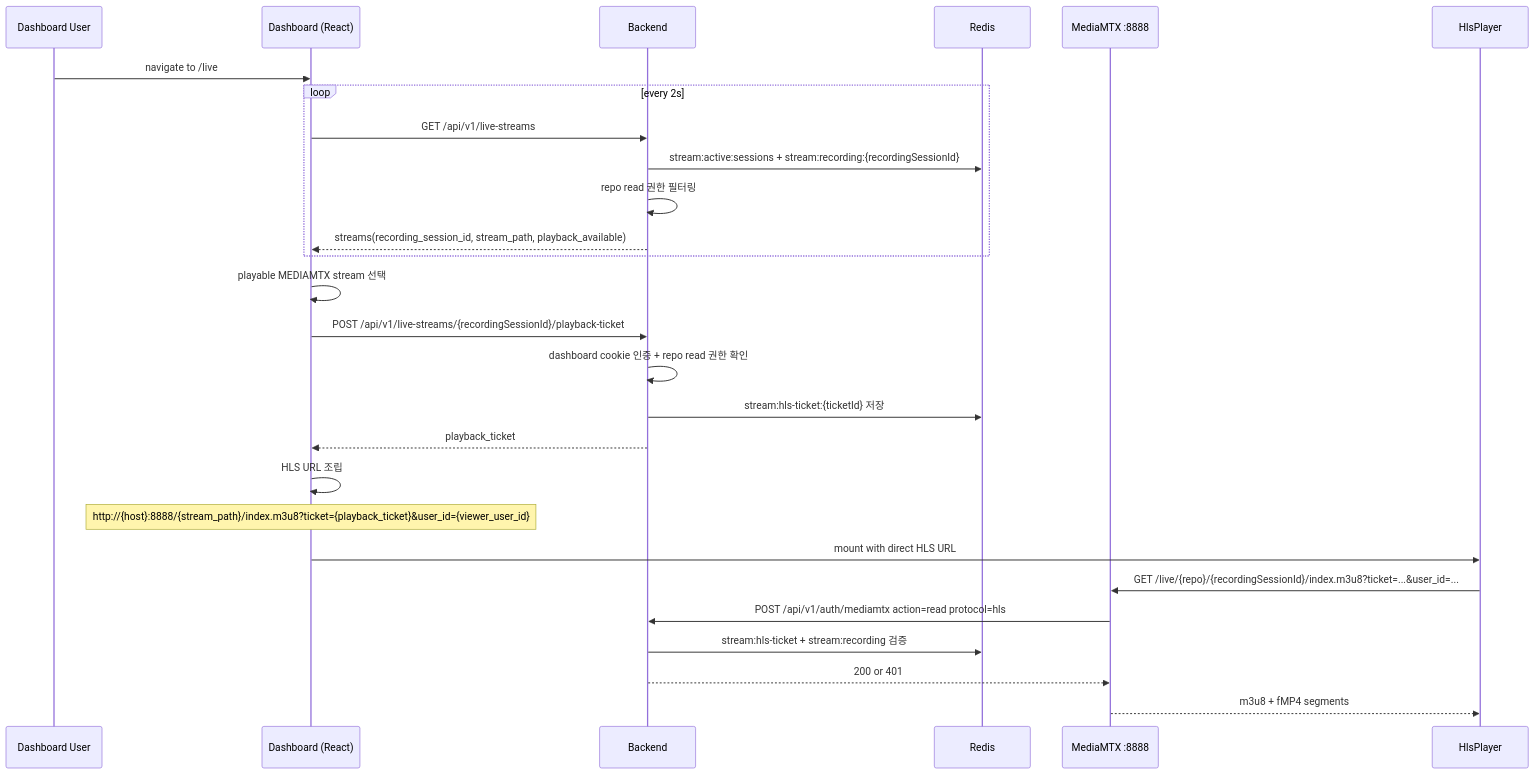
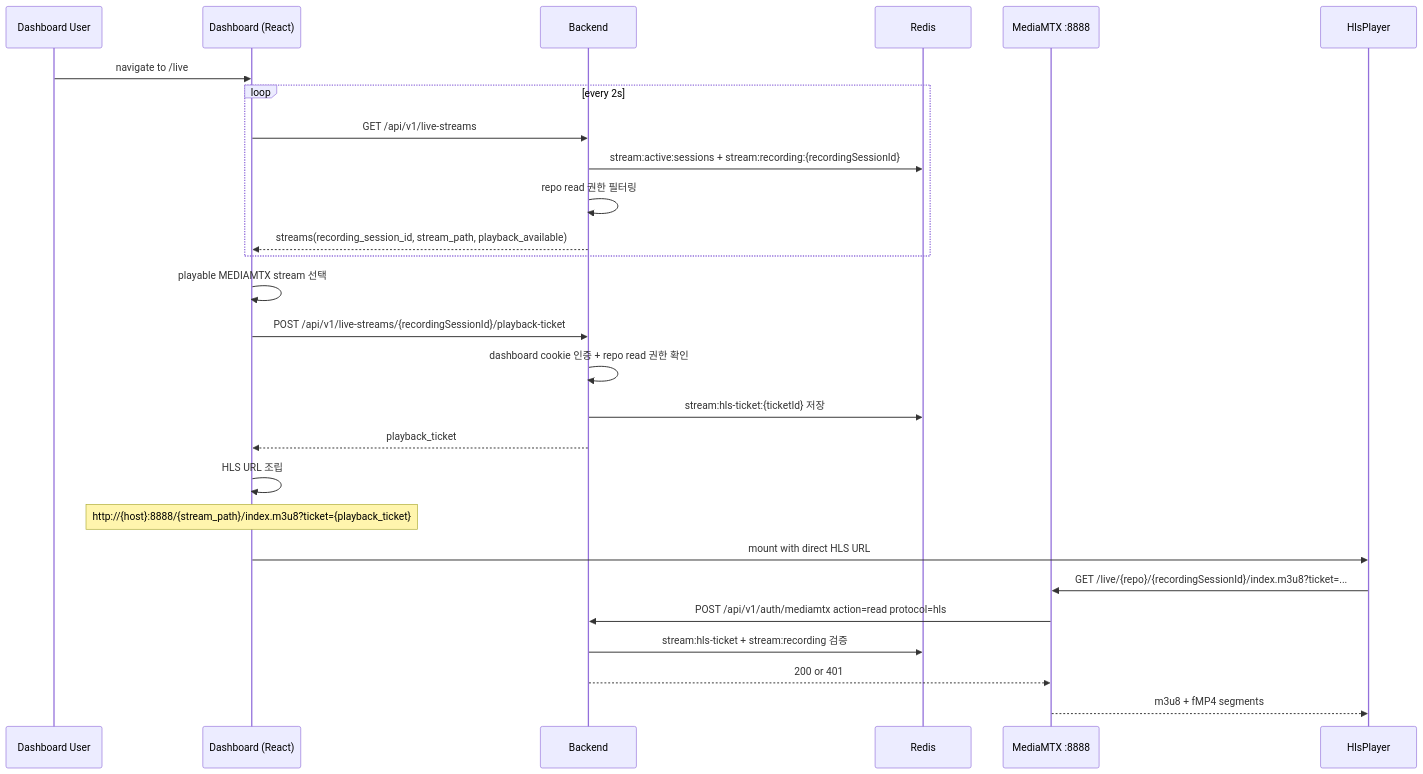
One commit to ego-flow/ego-flow-server changed the fourth of 7 diagrams in docs/09. project_streaming.md. Above: the diagram before and after it, drawn with Mermaid. The commit also changed other lines of this file and 22 other files, not shown here.

Commit message:
Remove user id from HLS playback auth

````diff
--- a/docs/09. project_streaming.md
+++ b/docs/09. project_streaming.md
@@ -232,30 +232,30 @@
 ```mermaid
 sequenceDiagram
     participant User as Dashboard User
     participant FE as Dashboard (React)
     participant BE as Backend
     participant Redis
     participant MTX as MediaMTX :8888
     participant HP as HlsPlayer
 
     User->>FE: navigate to /live
     loop every 2s
         FE->>BE: GET /api/v1/live-streams
         BE->>Redis: stream:active:sessions + stream:recording:{recordingSessionId}
         BE->>BE: repo read 권한 필터링
         BE-->>FE: streams(recording_session_id, stream_path, playback_available)
     end
     FE->>FE: playable MEDIAMTX stream 선택
     FE->>BE: POST /api/v1/live-streams/{recordingSessionId}/playback-ticket
     BE->>BE: dashboard cookie 인증 + repo read 권한 확인
     BE->>Redis: stream:hls-ticket:{ticketId} 저장
     BE-->>FE: playback_ticket
     FE->>FE: HLS URL 조립
-    Note over FE: http://{host}:8888/{stream_path}/index.m3u8?ticket={playback_ticket}&user_id={viewer_user_id}
+    Note over FE: http://{host}:8888/{stream_path}/index.m3u8?ticket={playback_ticket}
     FE->>HP: mount with direct HLS URL
-    HP->>MTX: GET /live/{repo}/{recordingSessionId}/index.m3u8?ticket=...&user_id=...
+    HP->>MTX: GET /live/{repo}/{recordingSessionId}/index.m3u8?ticket=...
     MTX->>BE: POST /api/v1/auth/mediamtx action=read protocol=hls
     BE->>Redis: stream:hls-ticket + stream:recording 검증
     BE-->>MTX: 200 or 401
     MTX-->>HP: m3u8 + fMP4 segments
 ```
````
